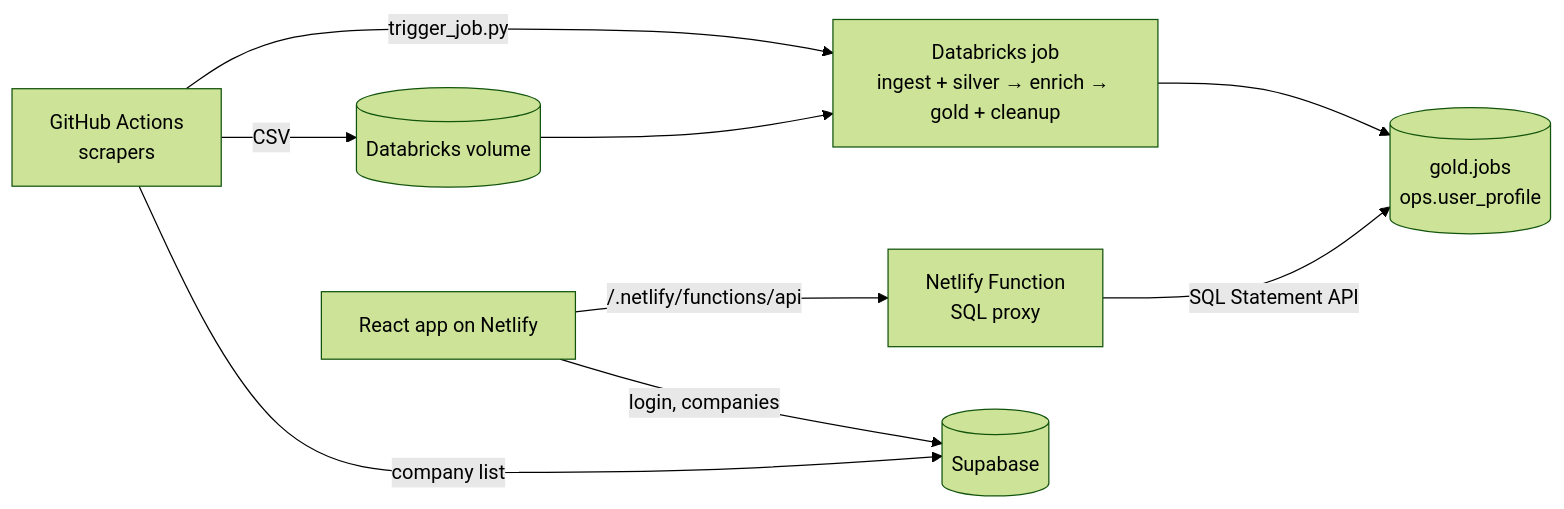
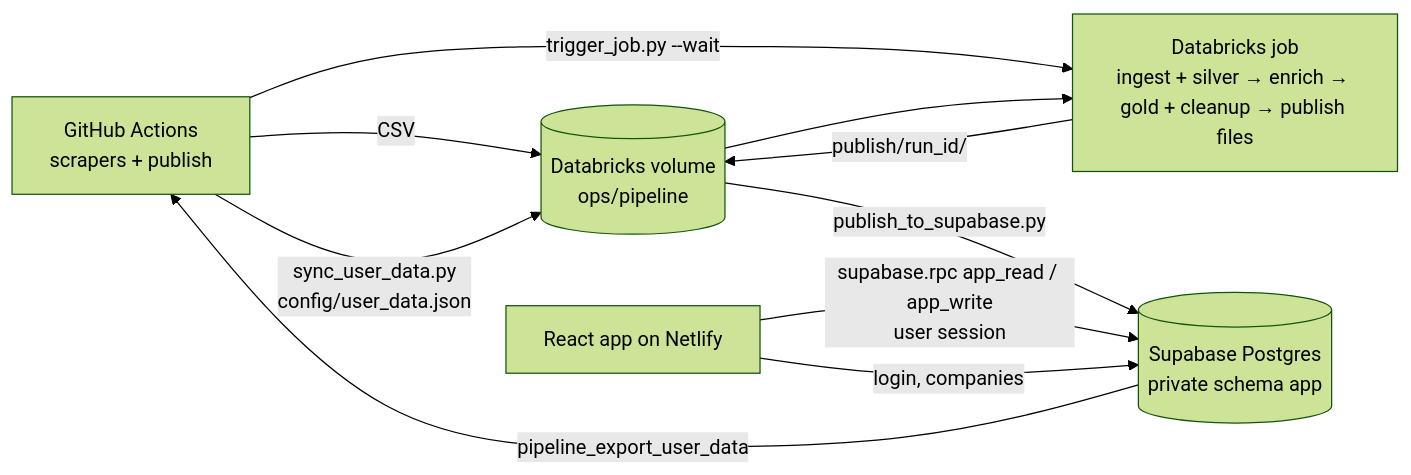
One commit to Rebel007-red/JobSeek changed the diagram in README.md. Above: the diagram before and after it, drawn with Mermaid (forest theme). The commit also changed other lines of this file and 108 other files, not shown here.

````diff
--- a/README.md
+++ b/README.md
@@ -7,11 +7,12 @@
 ```mermaid
 flowchart LR
-  A[GitHub Actions<br/>scrapers] -->|CSV| B[(Databricks volume)]
-  A -->|trigger_job.py| C[Databricks job<br/>ingest + silver → enrich → gold + cleanup]
+  A[GitHub Actions<br/>scrapers + publish] -->|CSV| B[(Databricks volume<br/>ops/pipeline)]
+  A -->|sync_user_data.py<br/>config/user_data.json| B
+  A -->|trigger_job.py --wait| C[Databricks job<br/>ingest + silver → enrich → gold + cleanup → publish files]
   B --> C
-  C --> D[(gold.jobs<br/>ops.user_profile)]
-  E[React app on Netlify] -->|/.netlify/functions/api| F[Netlify Function<br/>SQL proxy]
-  F -->|SQL Statement API| D
-  E -->|login, companies| G[(Supabase)]
-  A -->|company list| G
+  C -->|publish/run_id/| B
+  B -->|publish_to_supabase.py| G[(Supabase Postgres<br/>private schema app)]
+  G -->|pipeline_export_user_data| A
+  E[React app on Netlify] -->|supabase.rpc app_read / app_write<br/>user session| G
+  E -->|login, companies| G
 ```
````
